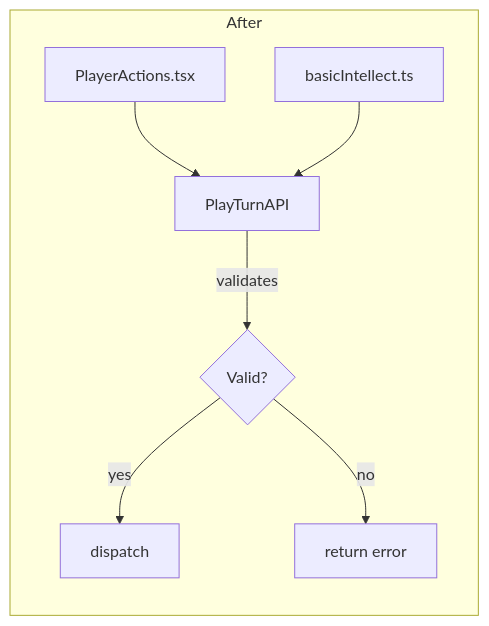
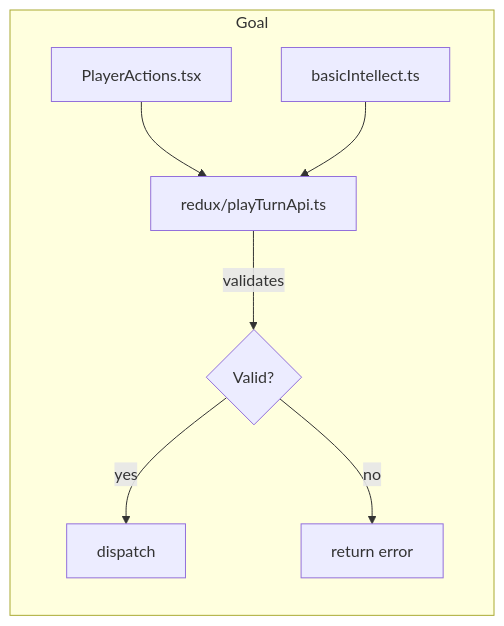
The second of 2 diagrams in .cursor/plans/validation_in_playturnapi_a049ca2d.plan.md (konrad-jamrozik/game-ts), drawn with Mermaid before and after one commit. The commit also changed other lines of this file, not shown here.

````diff
--- a/.cursor/plans/validation_in_playturnapi_a049ca2d.plan.md
+++ b/.cursor/plans/validation_in_playturnapi_a049ca2d.plan.md
@@ -56,10 +54,10 @@
 ```mermaid
 flowchart LR
-    subgraph After
-        UI[PlayerActions.tsx] --> API[PlayTurnAPI]
+    subgraph Goal
+        UI[PlayerActions.tsx] --> API[redux/playTurnApi.ts]
         AI[basicIntellect.ts] --> API
         API -->|validates| V{Valid?}
         V -->|yes| D[dispatch]
         V -->|no| E[return error]
     end
 ```
````
